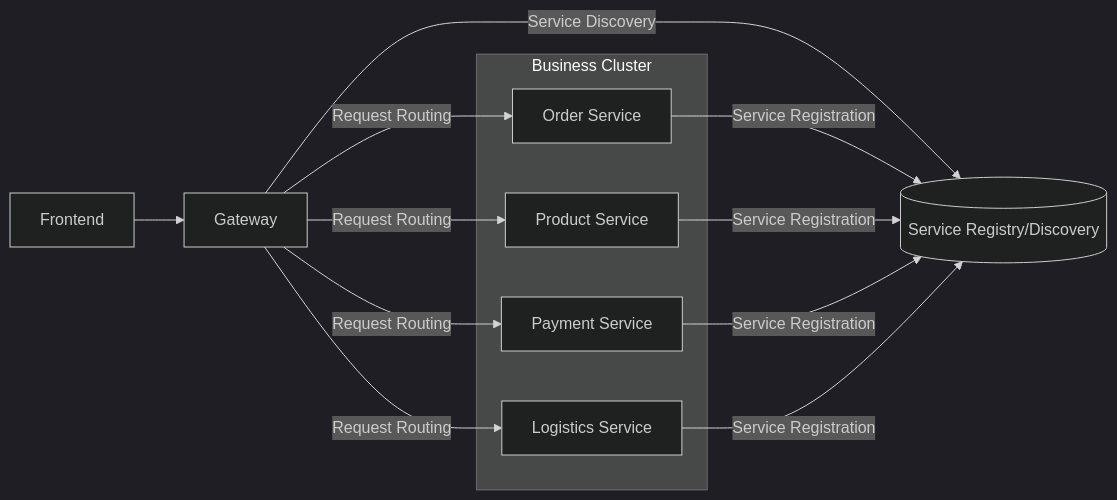
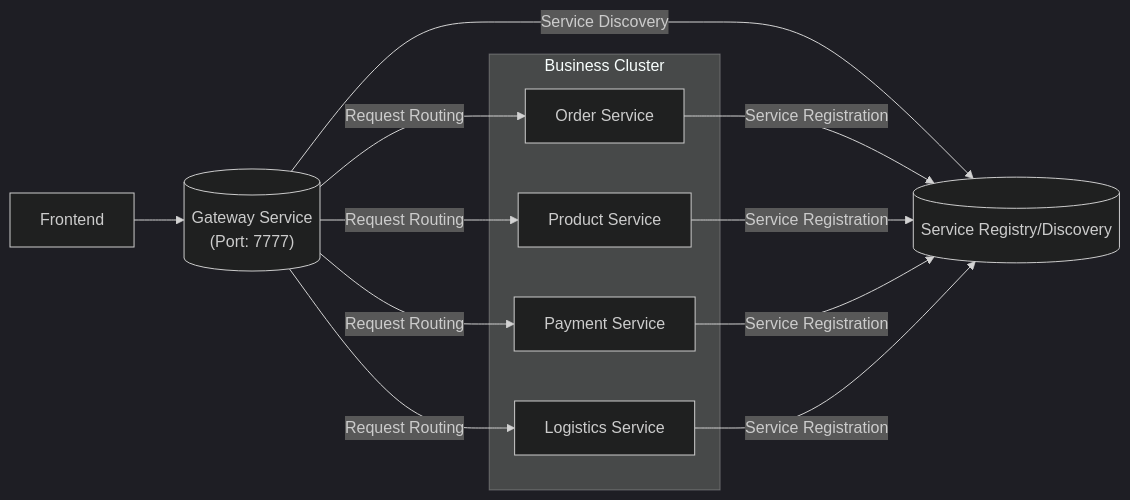
Diagram 11 of 11 in README.md (rainyctl/rainy-spring-cloud), drawn with Mermaid (dark theme) before and after one commit. The commit also changed other lines of this file and 5 other files, not shown here.

Commit message:
docs: update gateway docs and add gateway service

````diff
--- a/README.md
+++ b/README.md
@@ -1235,25 +1236,25 @@
 ```mermaid
 graph LR
     Frontend[Frontend]
-    Gateway[Gateway]
+    Gateway[("Gateway Service<br>(Port: 7777)")]
     Registry[("Service Registry/Discovery")]
     
     subgraph Cluster ["Business Cluster"]
         Order[Order Service]
         Product[Product Service]
         Payment[Payment Service]
         Logistics[Logistics Service]
     end
 
     Frontend --> Gateway
     Gateway -->|"Request Routing"| Order
     Gateway -->|"Request Routing"| Product
     Gateway -->|"Request Routing"| Payment
     Gateway -->|"Request Routing"| Logistics
     
     Gateway -->|"Service Discovery"| Registry
     Order -->|"Service Registration"| Registry
     Product -->|"Service Registration"| Registry
     Payment -->|"Service Registration"| Registry
     Logistics -->|"Service Registration"| Registry
 ```
````
